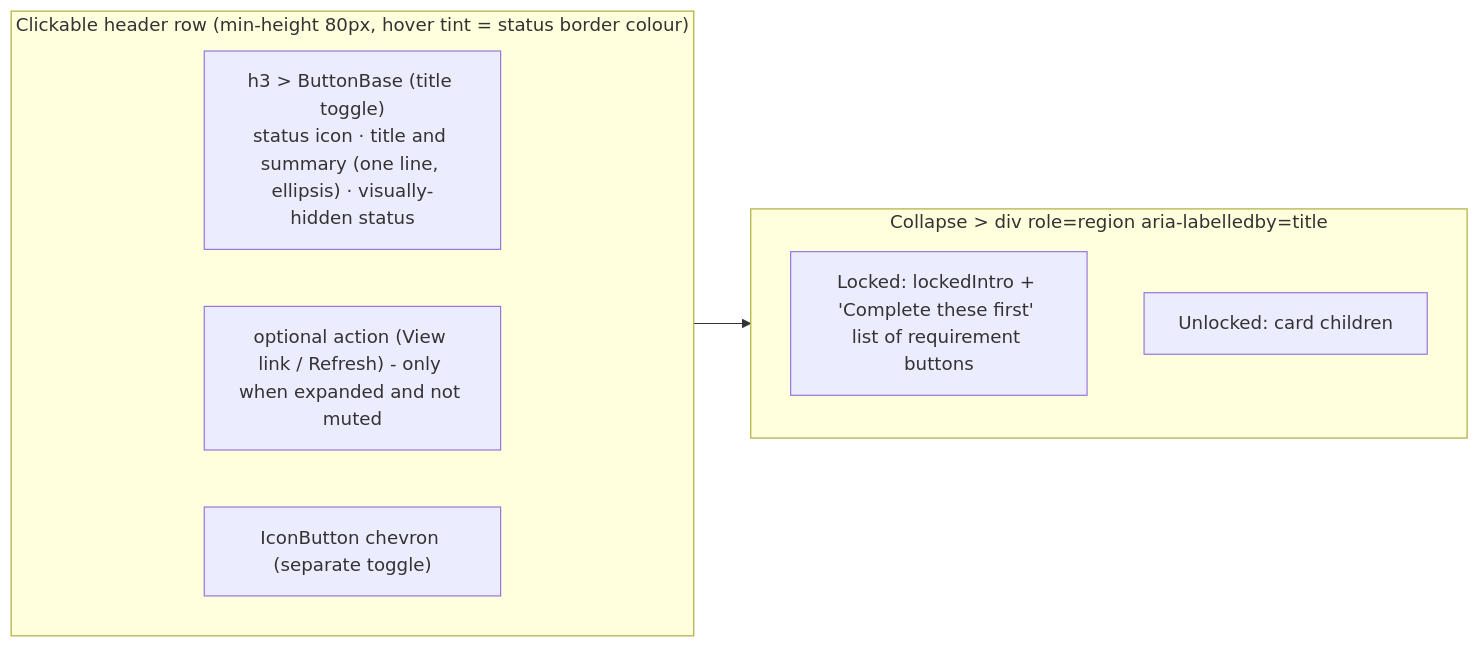
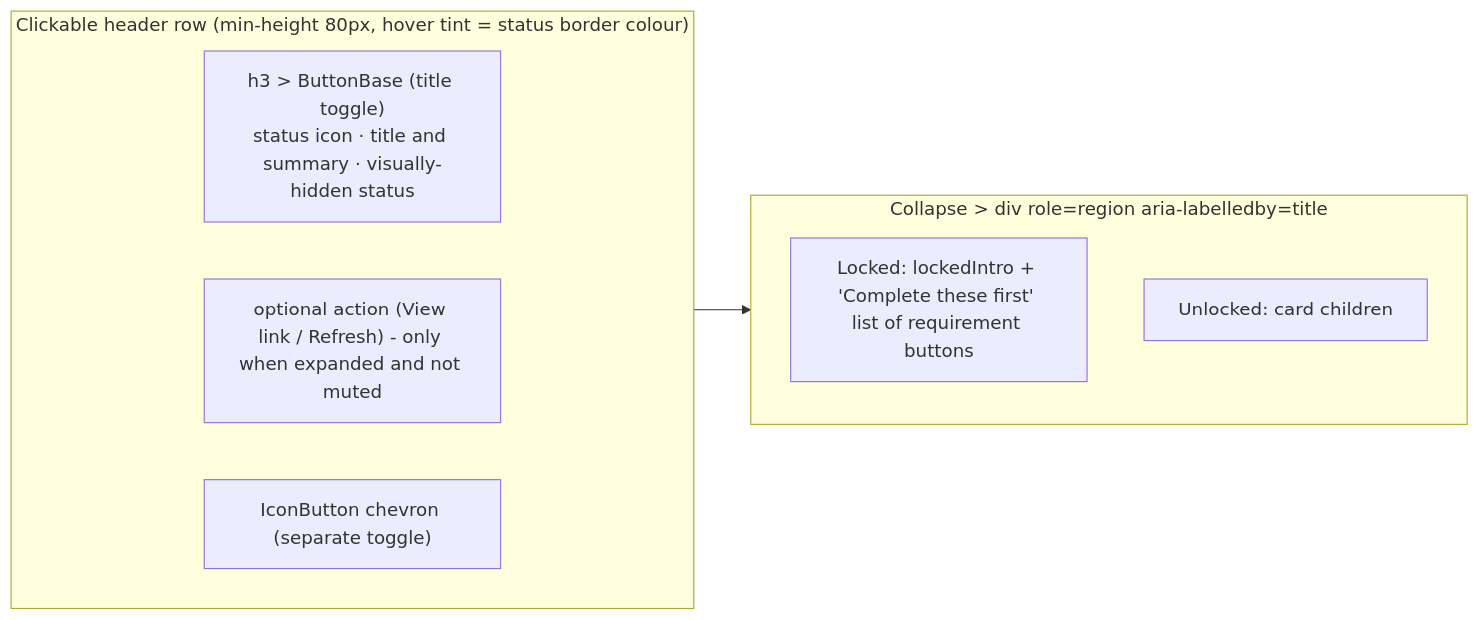
One commit to ZenMe-AU/ZenbloxCore changed the fourth of 9 diagrams in zeninstallerPvt/ui/UI_UX.md. Above: the diagram before and after it, drawn with Mermaid. The commit also changed other lines of this file and 34 other files, not shown here.

````diff
--- a/zeninstallerPvt/ui/UI_UX.md
+++ b/zeninstallerPvt/ui/UI_UX.md
@@ -129,14 +129,14 @@
 ```mermaid
 flowchart LR
   subgraph Header["Clickable header row (min-height 80px, hover tint = status border colour)"]
     direction LR
-    H3["h3 > ButtonBase (title toggle)<br/>status icon · title and summary (one line, ellipsis) · visually-hidden status"]
+    H3["h3 > ButtonBase (title toggle)<br/>status icon · title and summary · visually-hidden status"]
     Action["optional action (View link / Refresh) - only when expanded and not muted"]
     Chev["IconButton chevron (separate toggle)"]
   end
   subgraph Body["Collapse > div role=region aria-labelledby=title"]
     Locked["Locked: lockedIntro + 'Complete these first' list of requirement buttons"]
     Unlocked["Unlocked: card children"]
   end
   Header --> Body
 ```
````
